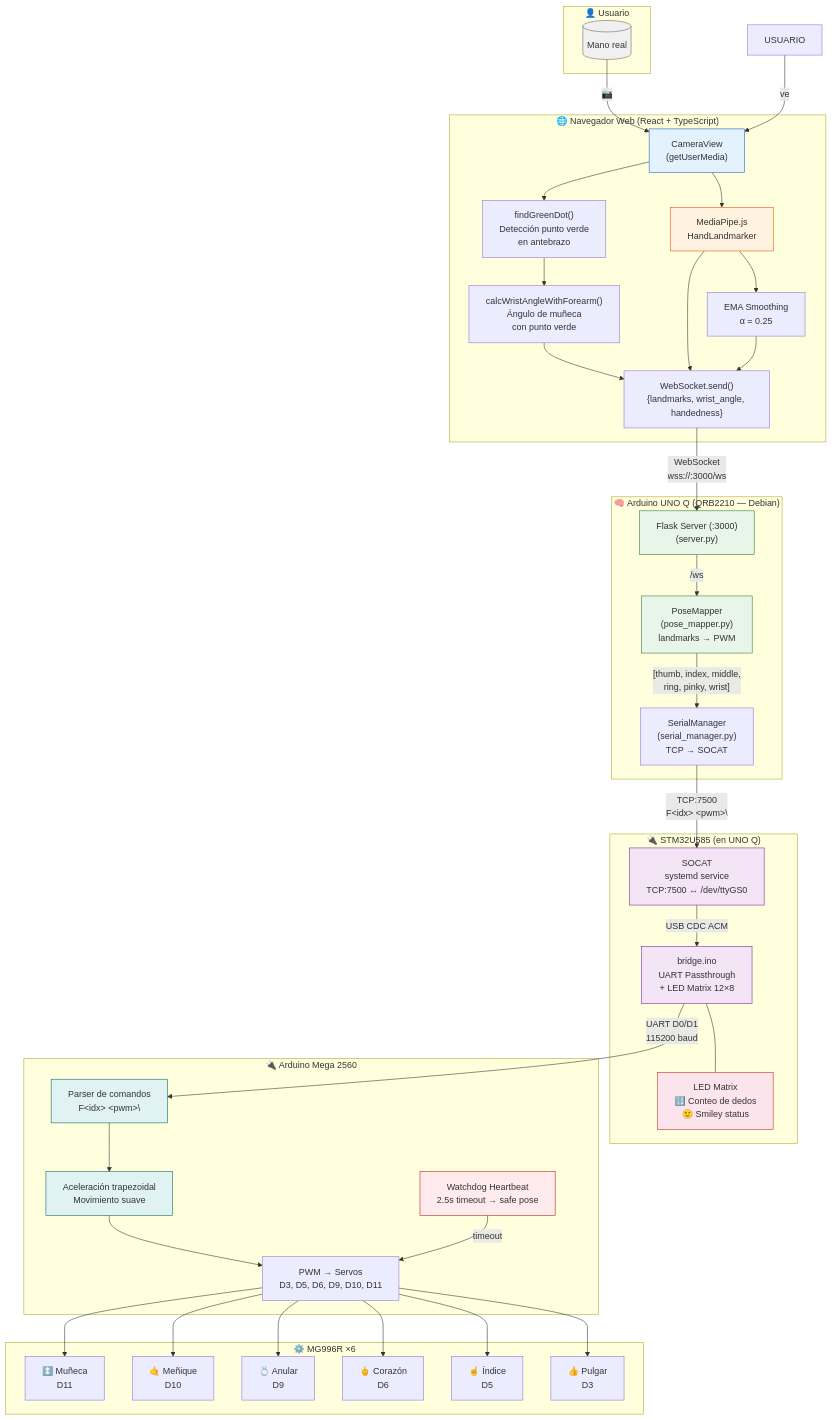
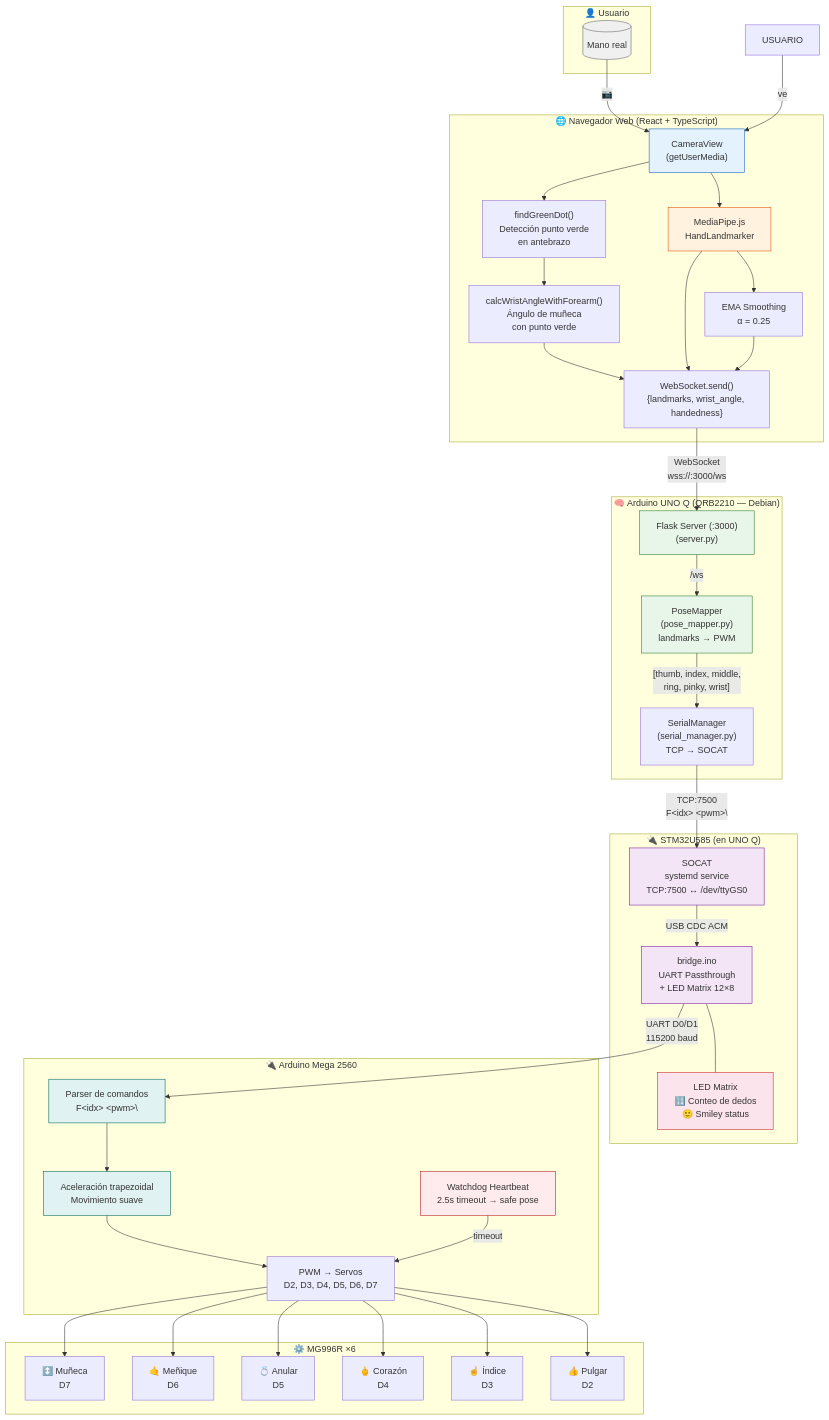
Before and after one commit to fxMT-nx/BrazoRoboticoV2: the diagram in README.md, drawn with Mermaid. The commit also changed other lines of this file and 26 other files, not shown here.

```diff
--- a/README.md
+++ b/README.md
@@ -123,7 +123,7 @@
         PARSER["Parser de comandos<br/>F&lt;idx&gt; &lt;pwm&gt;\\n"]
         TRAP["Aceleración trapezoidal<br/>Movimiento suave"]
         WD["Watchdog Heartbeat<br/>2.5s timeout → safe pose"]
-        PWM["PWM → Servos<br/>D3, D5, D6, D9, D10, D11"]
+        PWM["PWM → Servos<br/>D2, D3, D4, D5, D6, D7"]
         
         PARSER --> TRAP
         TRAP --> PWM
@@ -131,12 +131,12 @@
     end
 
     subgraph Servos["⚙️ MG996R ×6"]
-        T["👍 Pulgar<br/>D3"]
-        I["☝️ Índice<br/>D5"]
-        M["🖕 Corazón<br/>D6"]
-        R["💍 Anular<br/>D9"]
-        P["🤙 Meñique<br/>D10"]
-        W["↕️ Muñeca<br/>D11"]
+    T["👍 Pulgar<br/>D2"]
+    I["☝️ Índice<br/>D3"]
+    M["🖕 Corazón<br/>D4"]
+    R["💍 Anular<br/>D5"]
+    P["🤙 Meñique<br/>D6"]
+    W["↕️ Muñeca<br/>D7"]
     end
 
     USUARIO -->|"ve"| CAM
```
